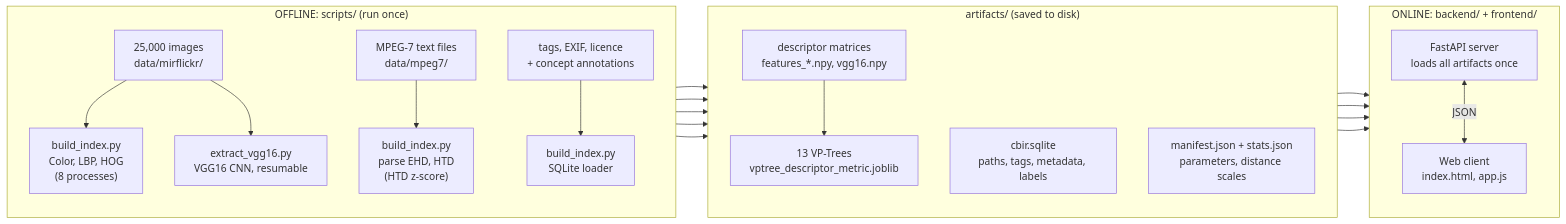
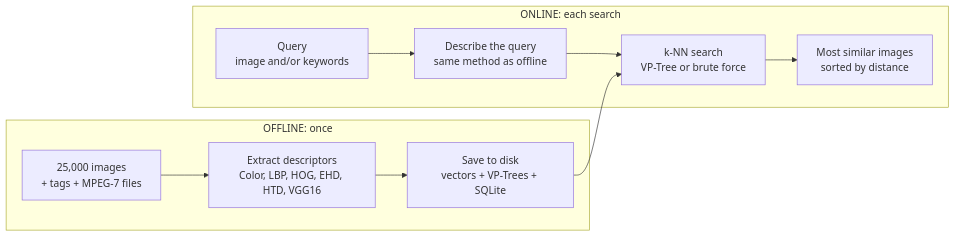
Before and after one commit to kard4318/cbir-mirflickr: the diagram in README.md, drawn with Mermaid. The commit also changed other lines of this file, not shown here.

````diff
--- a/README.md
+++ b/README.md
@@ -22,43 +22,13 @@
 ```mermaid
 flowchart LR
-    subgraph OFF["OFFLINE: scripts/ (run once)"]
-        direction TB
-        IMG["25,000 images<br/>data/mirflickr/"]
-        MP7["MPEG-7 text files<br/>data/mpeg7/"]
-        META["tags, EXIF, licence<br/>+ concept annotations"]
-        B1["build_index.py<br/>Color, LBP, HOG<br/>(8 processes)"]
-        B2["build_index.py<br/>parse EHD, HTD<br/>(HTD z-score)"]
-        B3["build_index.py<br/>SQLite loader"]
-        B4["extract_vgg16.py<br/>VGG16 CNN, resumable"]
-        IMG --> B1
-        IMG --> B4
-        MP7 --> B2
-        META --> B3
+    subgraph OFF["OFFLINE: once"]
+        A["25,000 images<br/>+ tags + MPEG-7 files"] --> B["Extract descriptors<br/>Color, LBP, HOG, EHD, HTD, VGG16"]
+        B --> C["Save to disk<br/>vectors + VP-Trees + SQLite"]
     end
-
-    subgraph ART["artifacts/ (saved to disk)"]
-        direction TB
-        FEAT["descriptor matrices<br/>features_*.npy, vgg16.npy"]
-        TREES["13 VP-Trees<br/>vptree_descriptor_metric.joblib"]
-        DB["cbir.sqlite<br/>paths, tags, metadata, labels"]
-        MAN["manifest.json + stats.json<br/>parameters, distance scales"]
+    subgraph ON["ONLINE: each search"]
+        D["Query<br/>image and/or keywords"] --> E["Describe the query<br/>same method as offline"]
+        E --> F["k-NN search<br/>VP-Tree or brute force"]
+        F --> G["Most similar images<br/>sorted by distance"]
     end
-
-    subgraph ON["ONLINE: backend/ + frontend/"]
-        direction TB
-        API["FastAPI server<br/>loads all artifacts once"]
-        WEB["Web client<br/>index.html, app.js"]
-        API <-->|"JSON"| WEB
-    end
-
-    B1 --> FEAT
-    B2 --> FEAT
-    B4 --> FEAT
-    FEAT --> TREES
-    B3 --> DB
-    B1 --> MAN
-    FEAT --> API
-    TREES --> API
-    DB --> API
-    MAN --> API
+    C --> F
 ```
````
